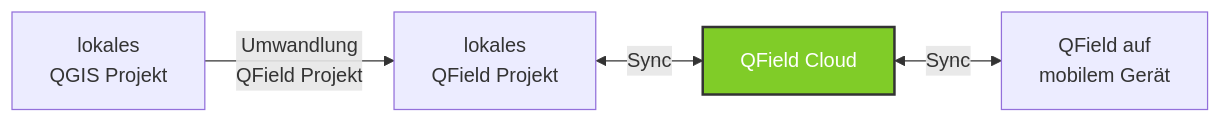
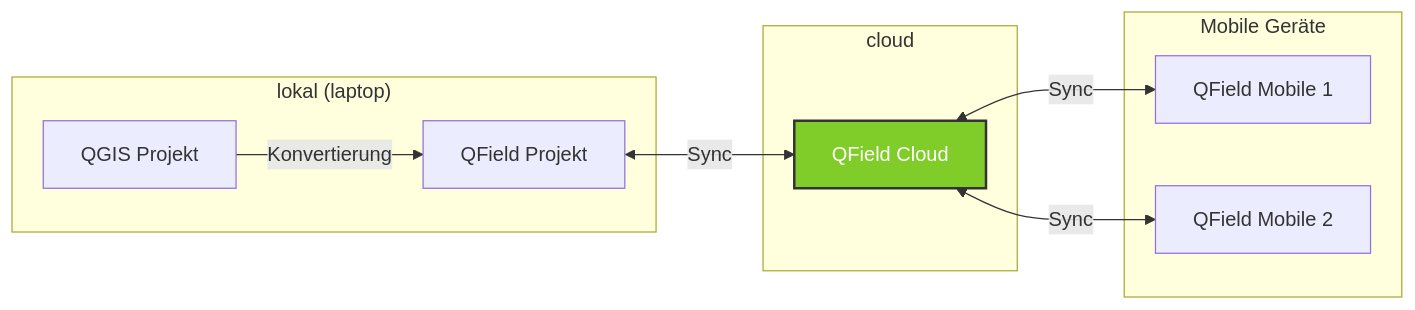
The diagram in synchronisierung.qmd (QField-ZHAW/QField-ZHAW.github.io), drawn with Mermaid before and after one commit. The commit also changed other lines of this file and 6 other files, not shown here.

````diff
--- a/synchronisierung.qmd
+++ b/synchronisierung.qmd
@@ -5,7 +12,21 @@
 ```{mermaid}
+%%| label: fig-flow
+%%| fig-cap: "Grundsätzlicher Workflow und das Zusammenspiel von Laptop, Cloud und Mobile"
 flowchart LR
-  A[lokales <br> QGIS Projekt] -->|Umwandlung <br> QField Projekt| B[lokales <br> QField Projekt]
-  B <--> |Sync| C[QField Cloud]
-  C <--> |Sync| D[QField auf <br> mobilem Gerät]
-  style C fill:#80cc28,stroke:#333,stroke-width:2px,color:#fff
+ subgraph lokal["lokal (laptop)"]
+        B["QField Projekt"]
+        A["QGIS Projekt"]
+  end
+ subgraph mobile["Mobile Geräte"]
+        D["QField Mobile 1"]
+        E["QField Mobile 2"]
+  end
+ subgraph cloud["cloud"]
+        C["QField Cloud"]
+  end
+    A -- Konvertierung --> B
+    B <-- Sync --> C
+    C <-- Sync --> D
+    C <-- Sync --> E
+    style C fill:#80cc28,stroke:#333,stroke-width:2px,color:#fff
 ```
````
